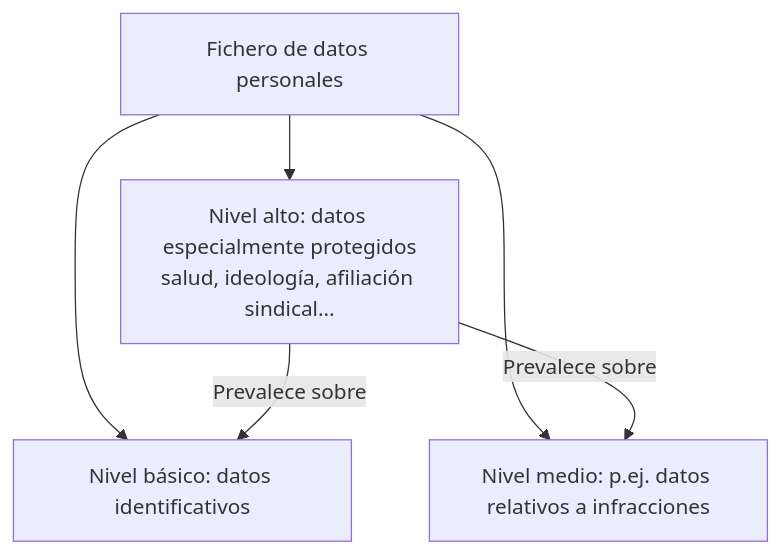
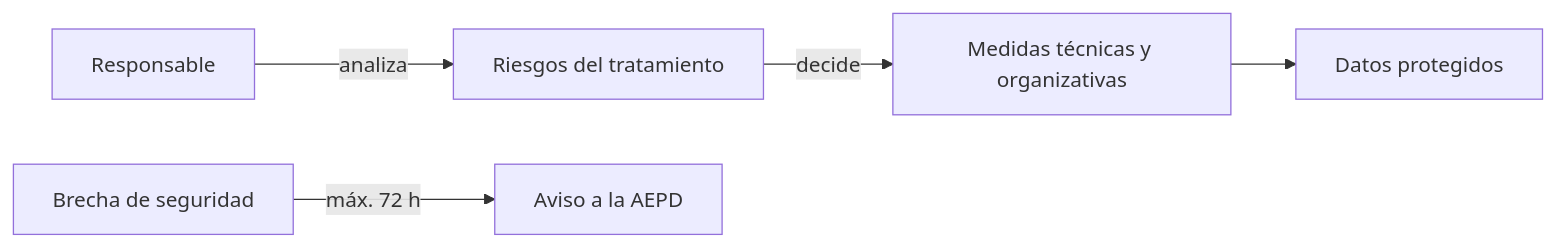
One commit to martalopezron92/2026-2SMR-SEGINF-Material changed the seventh of 7 diagrams in materiales/apuntes/UD01_apuntes.md. Above: the diagram before and after it, drawn with Mermaid. The commit also changed other lines of this file and 10 other files, not shown here.

````diff
--- a/materiales/apuntes/UD01_apuntes.md
+++ b/materiales/apuntes/UD01_apuntes.md
@@ -515,8 +576,7 @@
 ```mermaid
-flowchart TD
-    F[Fichero de datos personales] --> B[Nivel básico: datos identificativos]
-    F --> M[Nivel medio: p.ej. datos relativos a infracciones]
-    F --> A[Nivel alto: datos especialmente protegidos<br/>salud, ideología, afiliación sindical...]
-    A -->|Prevalece sobre| B
-    A -->|Prevalece sobre| M
+flowchart LR
+    R[Responsable] -->|analiza| RI[Riesgos del tratamiento]
+    RI -->|decide| M[Medidas técnicas y organizativas]
+    M --> D[Datos protegidos]
+    B[Brecha de seguridad] -->|máx. 72 h| AEPD[Aviso a la AEPD]
 ```
````
